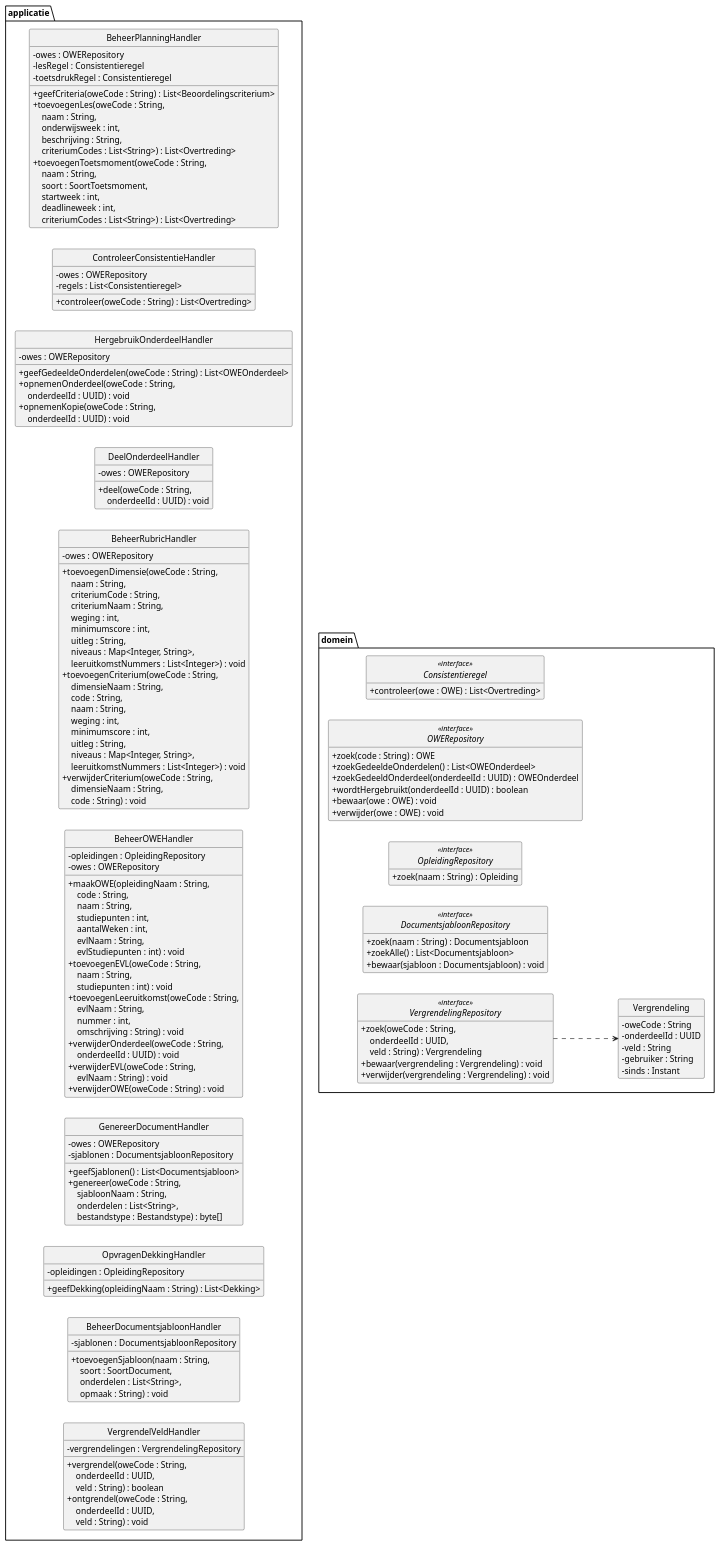
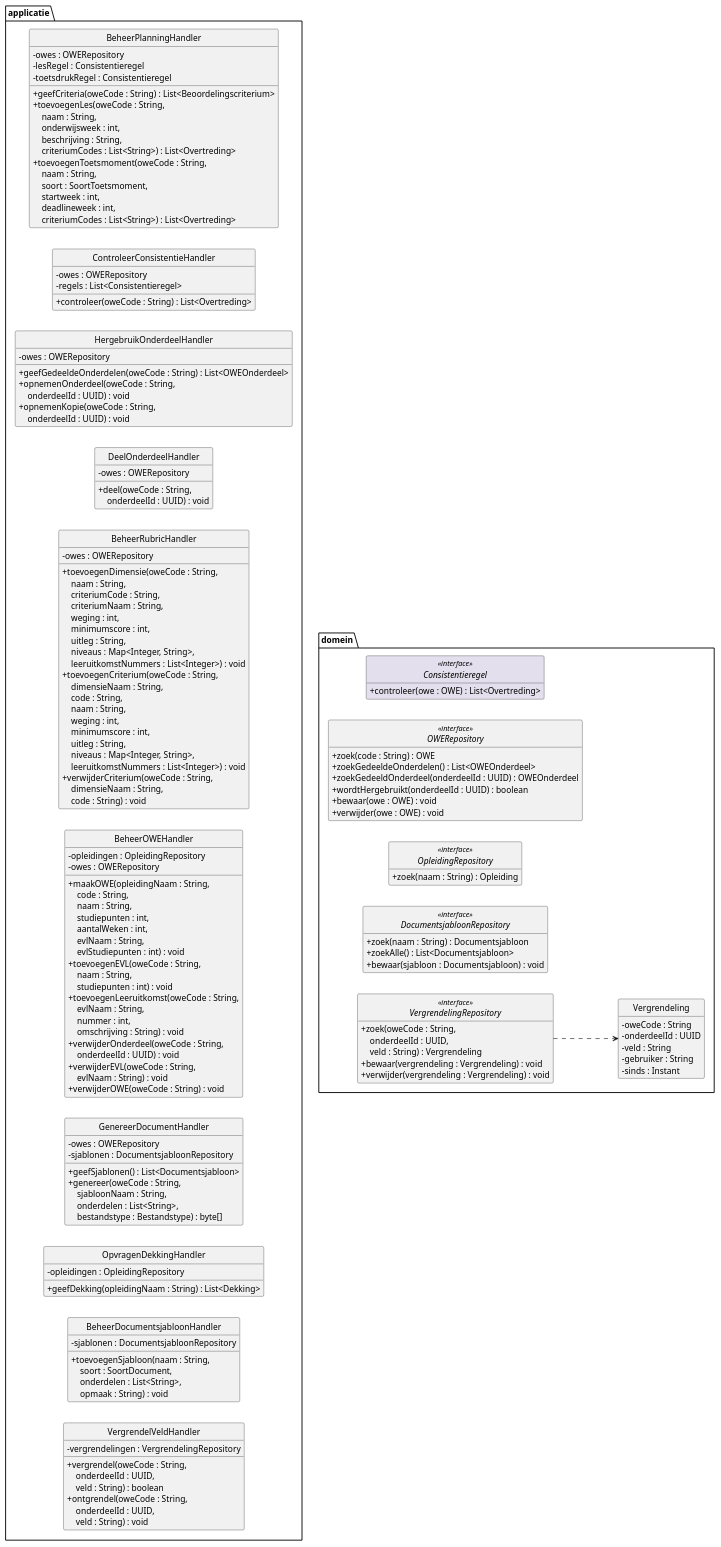
Before and after one commit to HAN-Craftsmanship-KL-JJG/casus: the diagram in docs/diagrams/klassendiagram-handlers.puml, drawn with PlantUML. The commit also changed 12 other files, not shown here.

First line of the commit message:
docs: colour each class by the diagram that defines it

```diff
--- a/docs/diagrams/klassendiagram-handlers.puml
+++ b/docs/diagrams/klassendiagram-handlers.puml
@@ -1,179 +1,180 @@
 @startuml klassendiagram-handlers
 ' Design class diagram van ICDE: use case controllers en repositories.
 ' Toelichting: docs/07-klassendiagram.md
 ' De domeinklassen staan volledig in de klassendiagrammen owe, rubric, planning en onderdeel.
 ' Verwijzingen naar repositories en regels staan als attribuut, niet als lijn (Larman 7.4).
+' De kleur van een klasse is de kleur van het diagram waarin ze volledig staat.
 skinparam style strictuml
 skinparam shadowing false
 skinparam defaultFontName Helvetica
 skinparam classAttributeIconSize 0
 hide empty members
 left to right direction
 
 package applicatie {
   class BeheerOWEHandler {
     - opleidingen : OpleidingRepository
     - owes : OWERepository
     + maakOWE(opleidingNaam : String,\n    \
 code : String,\n    \
 naam : String,\n    \
 studiepunten : int,\n    \
 aantalWeken : int,\n    \
 evlNaam : String,\n    \
 evlStudiepunten : int) : void
     + toevoegenEVL(oweCode : String,\n    \
 naam : String,\n    \
 studiepunten : int) : void
     + toevoegenLeeruitkomst(oweCode : String,\n    \
 evlNaam : String,\n    \
 nummer : int,\n    \
 omschrijving : String) : void
     + verwijderOnderdeel(oweCode : String,\n    \
 onderdeelId : UUID) : void
     + verwijderEVL(oweCode : String,\n    \
 evlNaam : String) : void
     + verwijderOWE(oweCode : String) : void
   }
   class BeheerRubricHandler {
     - owes : OWERepository
     + toevoegenDimensie(oweCode : String,\n    \
 naam : String,\n    \
 criteriumCode : String,\n    \
 criteriumNaam : String,\n    \
 weging : int,\n    \
 minimumscore : int,\n    \
 uitleg : String,\n    \
 niveaus : Map<Integer, String>,\n    \
 leeruitkomstNummers : List<Integer>) : void
     + toevoegenCriterium(oweCode : String,\n    \
 dimensieNaam : String,\n    \
 code : String,\n    \
 naam : String,\n    \
 weging : int,\n    \
 minimumscore : int,\n    \
 uitleg : String,\n    \
 niveaus : Map<Integer, String>,\n    \
 leeruitkomstNummers : List<Integer>) : void
     + verwijderCriterium(oweCode : String,\n    \
 dimensieNaam : String,\n    \
 code : String) : void
   }
   class BeheerPlanningHandler {
     - owes : OWERepository
     - lesRegel : Consistentieregel
     - toetsdrukRegel : Consistentieregel
     + geefCriteria(oweCode : String) : List<Beoordelingscriterium>
     + toevoegenLes(oweCode : String,\n    \
 naam : String,\n    \
 onderwijsweek : int,\n    \
 beschrijving : String,\n    \
 criteriumCodes : List<String>) : List<Overtreding>
     + toevoegenToetsmoment(oweCode : String,\n    \
 naam : String,\n    \
 soort : SoortToetsmoment,\n    \
 startweek : int,\n    \
 deadlineweek : int,\n    \
 criteriumCodes : List<String>) : List<Overtreding>
   }
   class ControleerConsistentieHandler {
     - owes : OWERepository
     - regels : List<Consistentieregel>
     + controleer(oweCode : String) : List<Overtreding>
   }
   class GenereerDocumentHandler {
     - owes : OWERepository
     - sjablonen : DocumentsjabloonRepository
     + geefSjablonen() : List<Documentsjabloon>
     + genereer(oweCode : String,\n    \
 sjabloonNaam : String,\n    \
 onderdelen : List<String>,\n    \
 bestandstype : Bestandstype) : byte[]
   }
   class HergebruikOnderdeelHandler {
     - owes : OWERepository
     + geefGedeeldeOnderdelen(oweCode : String) : List<OWEOnderdeel>
     + opnemenOnderdeel(oweCode : String,\n    \
 onderdeelId : UUID) : void
     + opnemenKopie(oweCode : String,\n    \
 onderdeelId : UUID) : void
   }
   class OpvragenDekkingHandler {
     - opleidingen : OpleidingRepository
     + geefDekking(opleidingNaam : String) : List<Dekking>
   }
   class DeelOnderdeelHandler {
     - owes : OWERepository
     + deel(oweCode : String,\n    \
 onderdeelId : UUID) : void
   }
   class BeheerDocumentsjabloonHandler {
     - sjablonen : DocumentsjabloonRepository
     + toevoegenSjabloon(naam : String,\n    \
 soort : SoortDocument,\n    \
 onderdelen : List<String>,\n    \
 opmaak : String) : void
   }
   class VergrendelVeldHandler {
     - vergrendelingen : VergrendelingRepository
     + vergrendel(oweCode : String,\n    \
 onderdeelId : UUID,\n    \
 veld : String) : boolean
     + ontgrendel(oweCode : String,\n    \
 onderdeelId : UUID,\n    \
 veld : String) : void
   }
 }
 
 package domein {
   interface OWERepository <<interface>> {
     + zoek(code : String) : OWE
     + zoekGedeeldeOnderdelen() : List<OWEOnderdeel>
     + zoekGedeeldOnderdeel(onderdeelId : UUID) : OWEOnderdeel
     + wordtHergebruikt(onderdeelId : UUID) : boolean
     + bewaar(owe : OWE) : void
     + verwijder(owe : OWE) : void
   }
   interface OpleidingRepository <<interface>> {
     + zoek(naam : String) : Opleiding
   }
   interface DocumentsjabloonRepository <<interface>> {
     + zoek(naam : String) : Documentsjabloon
     + zoekAlle() : List<Documentsjabloon>
     + bewaar(sjabloon : Documentsjabloon) : void
   }
   interface VergrendelingRepository <<interface>> {
     + zoek(oweCode : String,\n    \
 onderdeelId : UUID,\n    \
 veld : String) : Vergrendeling
     + bewaar(vergrendeling : Vergrendeling) : void
     + verwijder(vergrendeling : Vergrendeling) : void
   }
   class Vergrendeling {
     - oweCode : String
     - onderdeelId : UUID
     - veld : String
     - gebruiker : String
     - sinds : Instant
   }
-  interface Consistentieregel <<interface>> {
+  interface Consistentieregel <<interface>> #E4DFEC {
     + controleer(owe : OWE) : List<Overtreding>
   }
 }
 
 ' Onzichtbare lijnen zetten elke handler naast zijn repositories.
 BeheerOWEHandler -[hidden]-> OpleidingRepository
 BeheerOWEHandler -[hidden]-> OWERepository
 BeheerRubricHandler -[hidden]-> OWERepository
 BeheerPlanningHandler -[hidden]-> OWERepository
 ControleerConsistentieHandler -[hidden]-> OWERepository
 ControleerConsistentieHandler -[hidden]-> Consistentieregel
 BeheerPlanningHandler -[hidden]-> Consistentieregel
 GenereerDocumentHandler -[hidden]-> OWERepository
 GenereerDocumentHandler -[hidden]-> DocumentsjabloonRepository
 HergebruikOnderdeelHandler -[hidden]-> OWERepository
 OpvragenDekkingHandler -[hidden]-> OpleidingRepository
 DeelOnderdeelHandler -[hidden]-> OWERepository
 BeheerDocumentsjabloonHandler -[hidden]-> DocumentsjabloonRepository
 VergrendelVeldHandler -[hidden]-> VergrendelingRepository
 VergrendelingRepository ..> Vergrendeling
 @enduml
```
